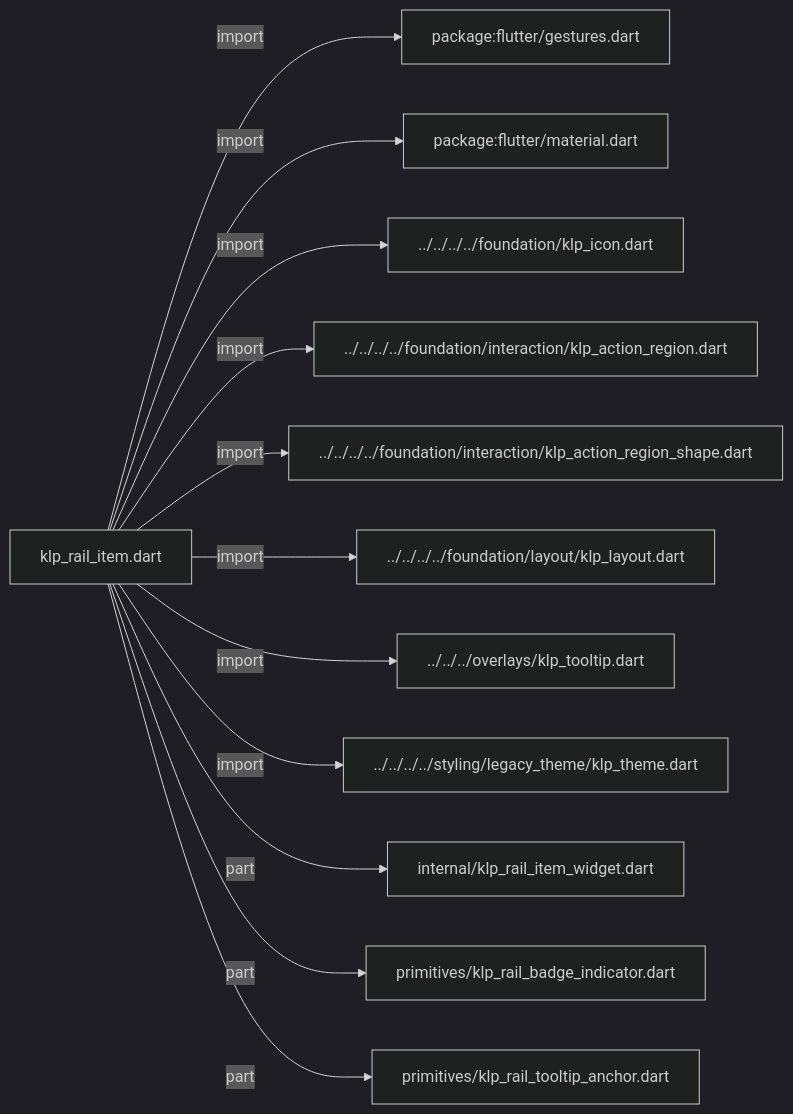
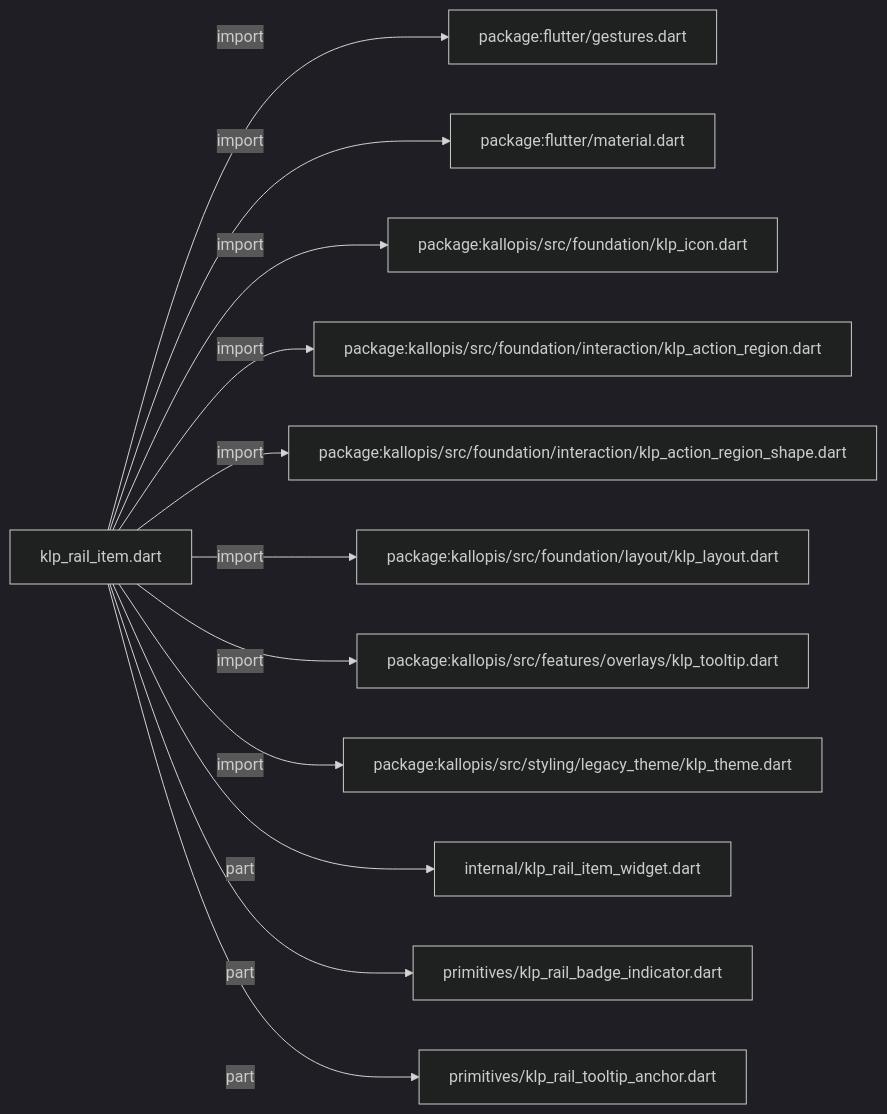
The first of 2 diagrams in docs/architecture/src/features/navigation/widgets/rail/klp_rail_item.md (MiuDog/Kallopis), drawn with Mermaid (dark theme) before and after one commit. The commit also changed other lines of this file and 9688 other files, not shown here.

Commit message:
Prepare isolated Flow F2 peer baseline

````diff
--- a/docs/architecture/src/features/navigation/widgets/rail/klp_rail_item.md
+++ b/docs/architecture/src/features/navigation/widgets/rail/klp_rail_item.md
@@ -11,26 +11,26 @@
 ```mermaid
 flowchart LR
 	n0["klp_rail_item.dart"]
 	n1["package:flutter/gestures.dart"]
 	n2["package:flutter/material.dart"]
-	n3["../../../../foundation/klp_icon.dart"]
-	n4["../../../../foundation/interaction/klp_action_region.dart"]
-	n5["../../../../foundation/interaction/klp_action_region_shape.dart"]
-	n6["../../../../foundation/layout/klp_layout.dart"]
-	n7["../../../overlays/klp_tooltip.dart"]
-	n8["../../../../styling/legacy_theme/klp_theme.dart"]
+	n3["package:kallopis/src/foundation/klp_icon.dart"]
+	n4["package:kallopis/src/foundation/interaction/klp_action_region.dart"]
+	n5["package:kallopis/src/foundation/interaction/klp_action_region_shape.dart"]
+	n6["package:kallopis/src/foundation/layout/klp_layout.dart"]
+	n7["package:kallopis/src/features/overlays/klp_tooltip.dart"]
+	n8["package:kallopis/src/styling/legacy_theme/klp_theme.dart"]
 	n9["internal/klp_rail_item_widget.dart"]
 	n10["primitives/klp_rail_badge_indicator.dart"]
 	n11["primitives/klp_rail_tooltip_anchor.dart"]
 	n0 -->|"import"| n1
 	n0 -->|"import"| n2
 	n0 -->|"import"| n3
 	n0 -->|"import"| n4
 	n0 -->|"import"| n5
 	n0 -->|"import"| n6
 	n0 -->|"import"| n7
 	n0 -->|"import"| n8
 	n0 -->|"part"| n9
 	n0 -->|"part"| n10
 	n0 -->|"part"| n11
 ```
````
